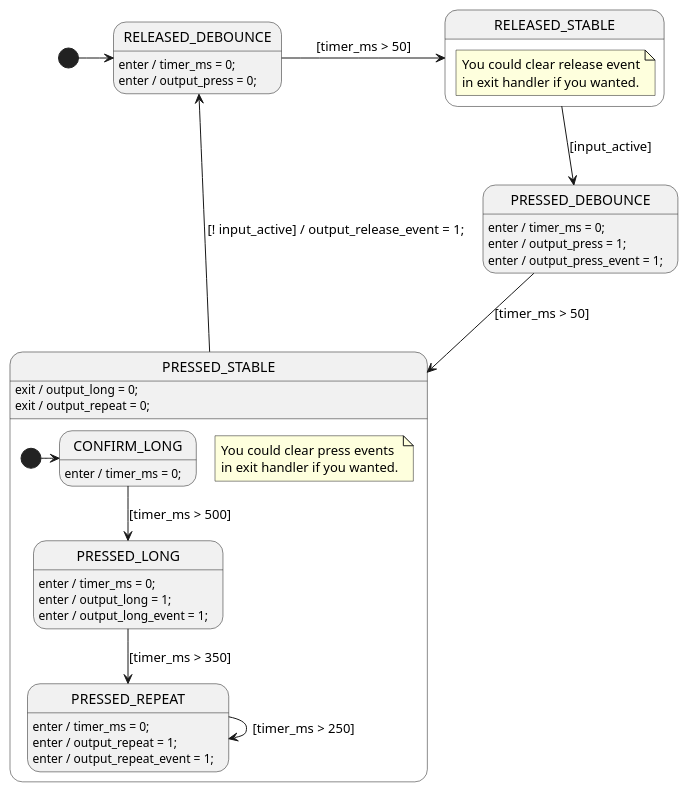
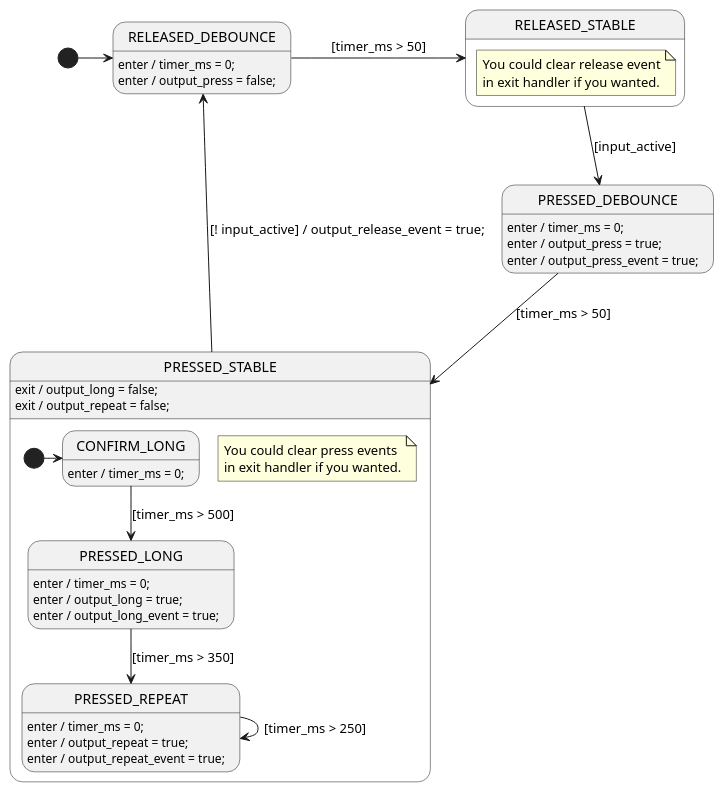
Before and after one commit to StateSmith/StateSmith-examples: the diagram in embedded-button-simple-1/ButtonSm.plantuml, drawn with PlantUML. The commit also changed 2 other files, not shown here.

Commit message:
use true/false

```diff
--- a/embedded-button-simple-1/ButtonSm.plantuml
+++ b/embedded-button-simple-1/ButtonSm.plantuml
@@ -1,104 +1,104 @@
 @startuml ButtonSm
 
 ' //////////////////////// STATE ORGANIZATION ///////////////////////
 ' Note: StateSmith treats state names and events as case insensitive.
 ' More info: https://github.com/StateSmith/StateSmith/wiki/PlantUML
 
 ' note "Implements a simple `lock out` style debouncer.\nDetects: release, press, long, repeat" as N1
 
 state RELEASED_DEBOUNCE
 state RELEASED_STABLE {
     note "You could clear release event\nin exit handler if you wanted." as N2
 }
 state PRESSED_DEBOUNCE
 state PRESSED_STABLE {
     [*] -> CONFIRM_LONG
     state CONFIRM_LONG
     state PRESSED_LONG
     state PRESSED_REPEAT
     ' note right of PRESSED_LONG
     '     Long press is still "active"
     '     while in repeat state so we
     '     clear the `output_long` flag
     '     in the parent exit handler.
     ' end note
 
     note "You could clear press events\nin exit handler if you wanted." as N3
 }
 
 
 
 ' ///////////////////////// STATE HANDLERS /////////////////////////
 ' Syntax: https://github.com/StateSmith/StateSmith/wiki/Behaviors
 
 ' step 1: add states
 ' step 2: add transitions
 ' step 3: add code
 
 [*] -> RELEASED_DEBOUNCE
 
 RELEASED_DEBOUNCE: enter / timer_ms = 0;
-RELEASED_DEBOUNCE: enter / output_press = 0;
+RELEASED_DEBOUNCE: enter / output_press = false;
 RELEASED_DEBOUNCE -> RELEASED_STABLE: [timer_ms > 50]
 
 ' RELEASED_STABLE
 ' Just wait for press
 RELEASED_STABLE --> PRESSED_DEBOUNCE: [input_active]
 
 PRESSED_DEBOUNCE: enter / timer_ms = 0;
-PRESSED_DEBOUNCE: enter / output_press = 1;
-PRESSED_DEBOUNCE: enter / output_press_event = 1;
+PRESSED_DEBOUNCE: enter / output_press = true;
+PRESSED_DEBOUNCE: enter / output_press_event = true;
 PRESSED_DEBOUNCE --> PRESSED_STABLE: [timer_ms > 50]
 
-PRESSED_STABLE --> RELEASED_DEBOUNCE: [! input_active] / output_release_event = 1;
-PRESSED_STABLE: exit / output_long = 0;
-PRESSED_STABLE: exit / output_repeat = 0;
+PRESSED_STABLE --> RELEASED_DEBOUNCE: [! input_active] / output_release_event = true;
+PRESSED_STABLE: exit / output_long = false;
+PRESSED_STABLE: exit / output_repeat = false;
 
 CONFIRM_LONG: enter / timer_ms = 0;
 CONFIRM_LONG --> PRESSED_LONG: [timer_ms > 500]
 
 PRESSED_LONG: enter / timer_ms = 0;
-PRESSED_LONG: enter / output_long = 1;
-PRESSED_LONG: enter / output_long_event = 1;
+PRESSED_LONG: enter / output_long = true;
+PRESSED_LONG: enter / output_long_event = true;
 PRESSED_LONG --> PRESSED_REPEAT: [timer_ms > 350]
 
 PRESSED_REPEAT: enter / timer_ms = 0;
-PRESSED_REPEAT: enter / output_repeat = 1;
-PRESSED_REPEAT: enter / output_repeat_event = 1;
+PRESSED_REPEAT: enter / output_repeat = true;
+PRESSED_REPEAT: enter / output_repeat_event = true;
 PRESSED_REPEAT --> PRESSED_REPEAT: [timer_ms > 250]
 
 
 ' //////////////////////// StateSmith config ////////////////////////
 ' The below special comment block sets the StateSmith configuration.
 ' More info: https://github.com/StateSmith/StateSmith/issues/335
 
 /'! $CONFIG : toml
 SmRunnerSettings.transpilerId = "C99"
 
 RenderConfig.C.HFileIncludes = """
     #include <stdint.h> // for state machine variables
     """
 RenderConfig.C.CFileExtension = ".cpp"
 RenderConfig.AutoExpandedVars = """
     // you need to add your loop time to this variable in your main loop.
     uint16_t timer_ms;
 
     // set to 1 when button is detected as active.
     uint8_t input_active: 1;
     
     // read and clear event flags in your main loop.
     uint8_t output_release_event: 1;
     uint8_t output_press_event: 1;
     uint8_t output_long_event: 1;
     uint8_t output_repeat_event: 1;
 
     // read these flags in your main loop, but don't clear them.
     // they are cleared automatically.
     uint8_t output_press: 1;
     uint8_t output_long: 1;
     uint8_t output_repeat: 1;
     """
 
 RenderConfig.C.CEnumDeclarer = "typedef enum __attribute__((packed)) {enumName}" # smaller enumerations for gcc
 '/
 @enduml
```
